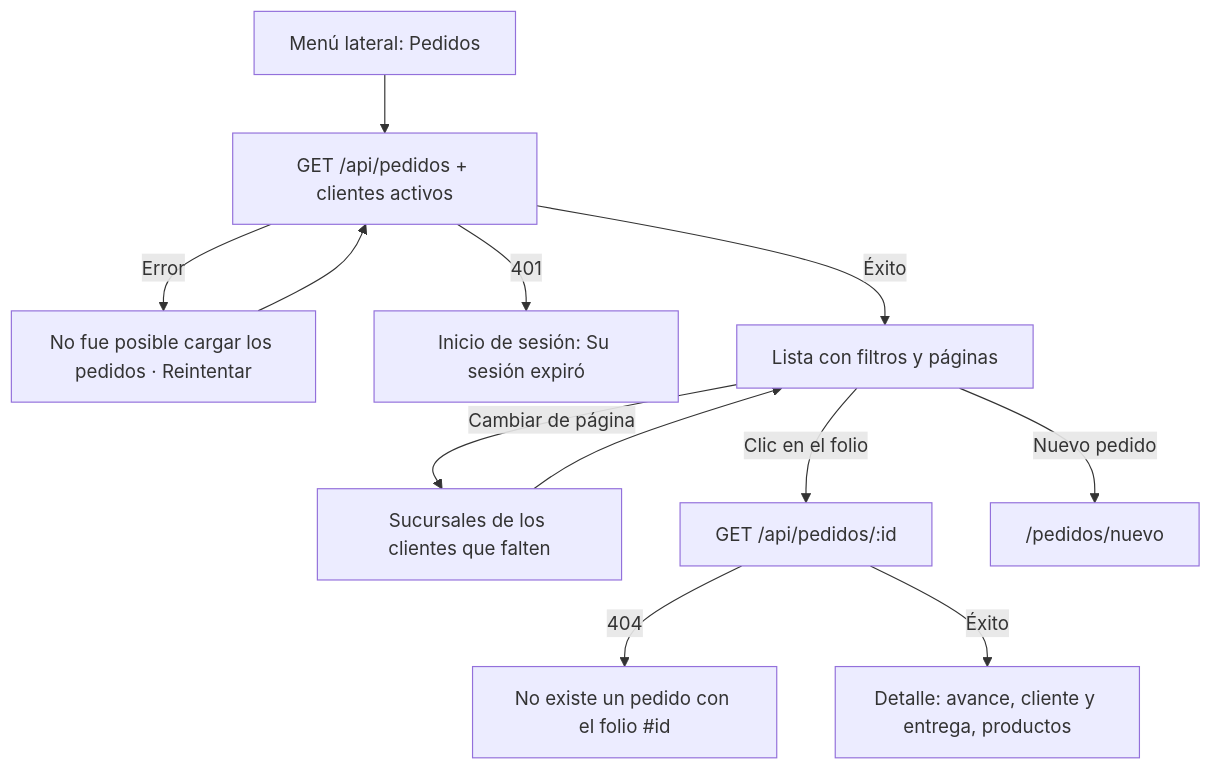
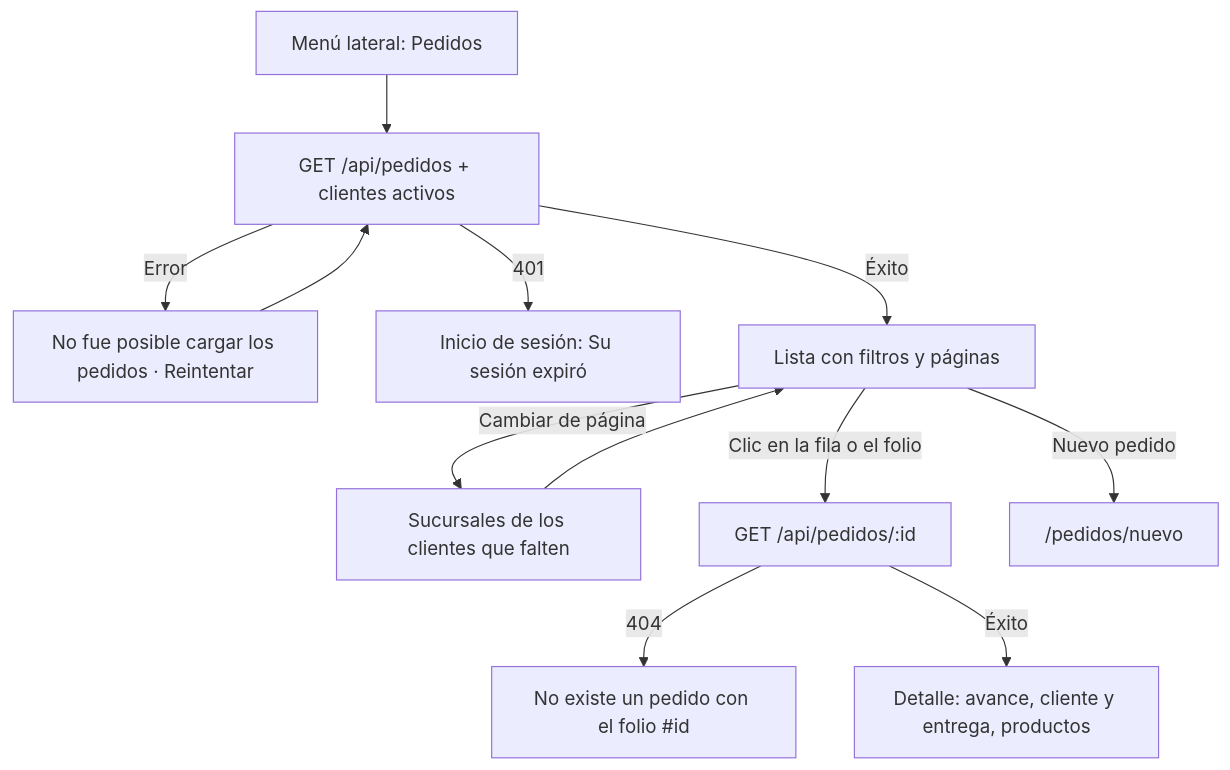
Before and after one commit to ROOB1114/GlobalFoods-Web: the third of 3 diagrams in FLUJO-APLICACION.md, drawn with Mermaid. The commit also changed other lines of this file and 2 other files, not shown here.

Commit message:
Abrir detalle de pedido con clic en cualquier parte de la fila

````diff
--- a/FLUJO-APLICACION.md
+++ b/FLUJO-APLICACION.md
@@ -127,12 +128,12 @@
 ```mermaid
 flowchart TD
     A[Menú lateral: Pedidos] --> B[GET /api/pedidos + clientes activos]
     B -- Error --> C[No fue posible cargar los pedidos · Reintentar] --> B
     B -- 401 --> S[Inicio de sesión: Su sesión expiró]
     B -- Éxito --> D[Lista con filtros y páginas]
     D -- Cambiar de página --> E[Sucursales de los clientes que falten] --> D
-    D -- Clic en el folio --> F[GET /api/pedidos/:id]
+    D -- Clic en la fila o el folio --> F[GET /api/pedidos/:id]
     F -- 404 --> G["No existe un pedido con el folio #id"]
     F -- Éxito --> H[Detalle: avance, cliente y entrega, productos]
     D -- Nuevo pedido --> N["/pedidos/nuevo"]
 ```
````
